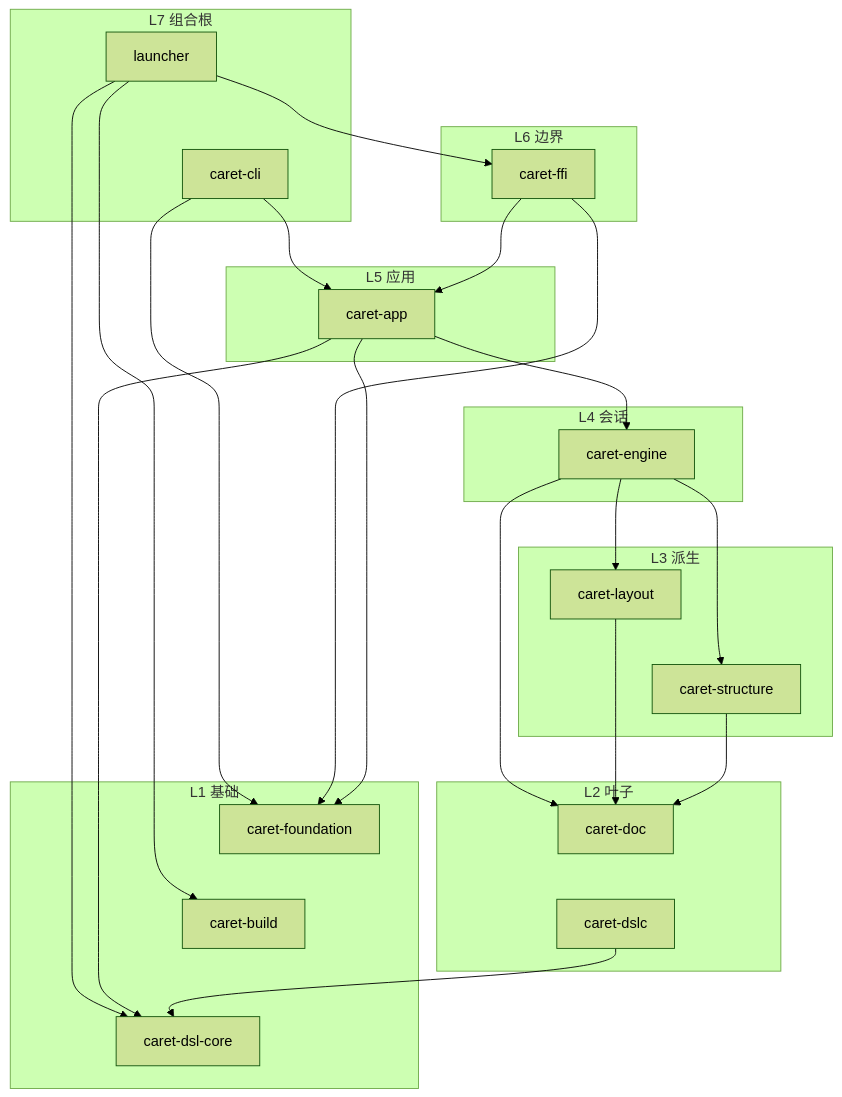
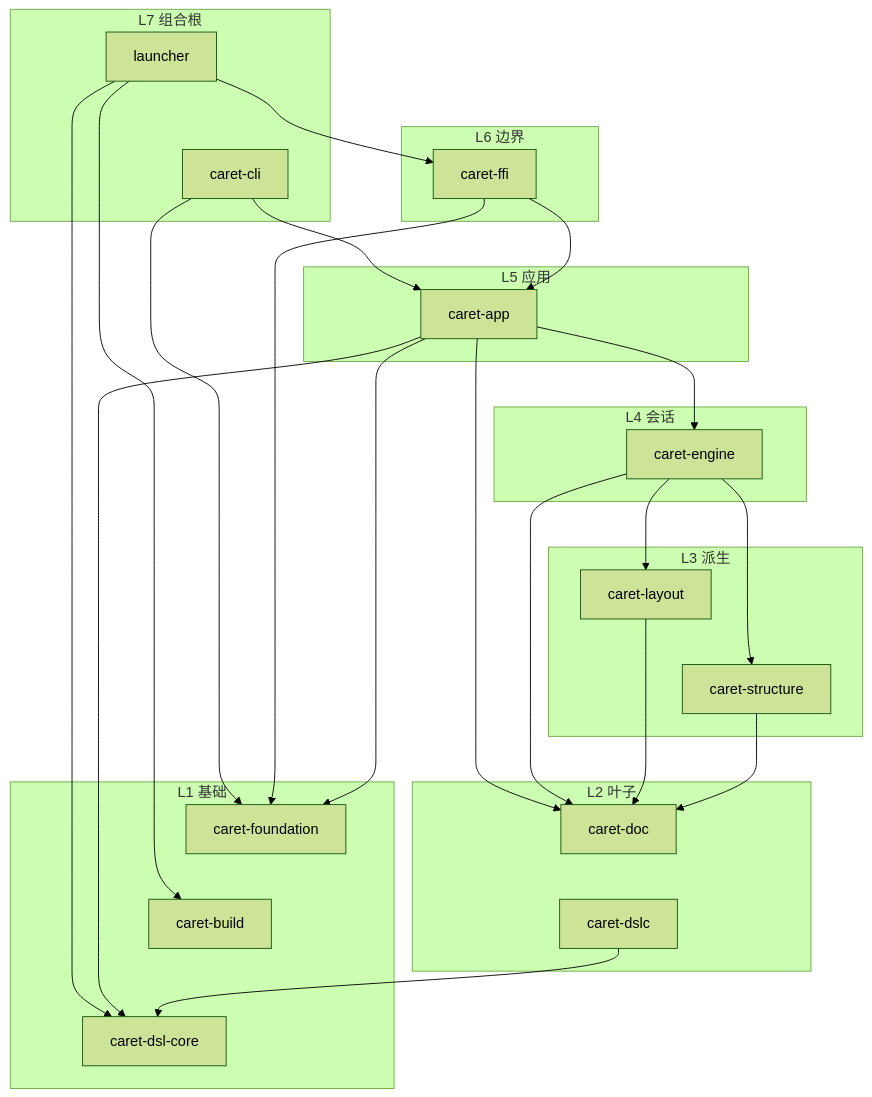
Before and after one commit to VibeSTEM/caret: the first of 2 diagrams in ai-docs/standards/layering.md, drawn with Mermaid (forest theme). The commit also changed other lines of this file and 23 other files, not shown here.

````diff
--- a/ai-docs/standards/layering.md
+++ b/ai-docs/standards/layering.md
@@ -11,51 +11,52 @@
 ```mermaid
 flowchart TB
   subgraph L7["L7 组合根"]
     launcher["launcher"]
     cli["caret-cli"]
   end
   subgraph L6["L6 边界"]
     ffi["caret-ffi"]
   end
   subgraph L5["L5 应用"]
     app["caret-app"]
   end
   subgraph L4["L4 会话"]
     engine["caret-engine"]
   end
   subgraph L3["L3 派生"]
     layout["caret-layout"]
     structure["caret-structure"]
   end
   subgraph L2["L2 叶子"]
     doc["caret-doc"]
     dslc["caret-dslc"]
   end
   subgraph L1["L1 基础"]
     foundation["caret-foundation"]
     build["caret-build"]
     dslcore["caret-dsl-core"]
   end
 
   launcher --> ffi
   launcher --> build
   launcher --> dslcore
   cli --> app
   cli --> foundation
   launcher ~~~ cli
   ffi --> app
   ffi --> foundation
   app --> engine
   app --> dslcore
+  app --> doc
   app --> foundation
   engine --> doc
   engine --> layout
   engine --> structure
   layout --> doc
   structure --> doc
   dslc --> dslcore
   layout ~~~ structure
   doc ~~~ dslc
   foundation ~~~ build
   build ~~~ dslcore
 ```
````
